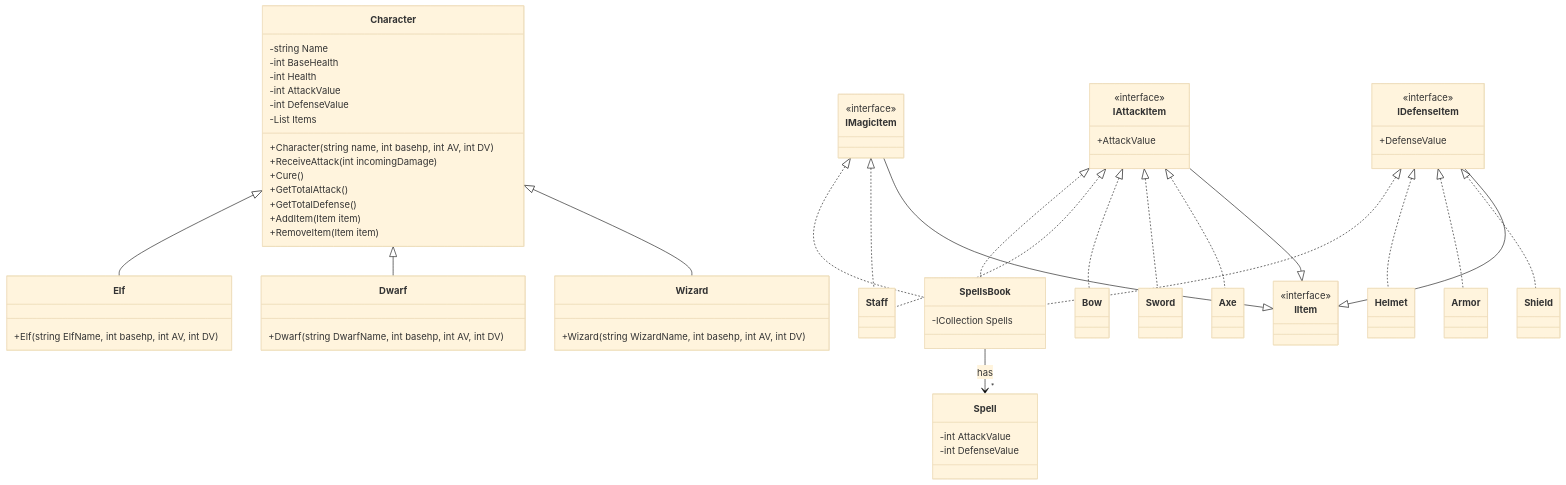
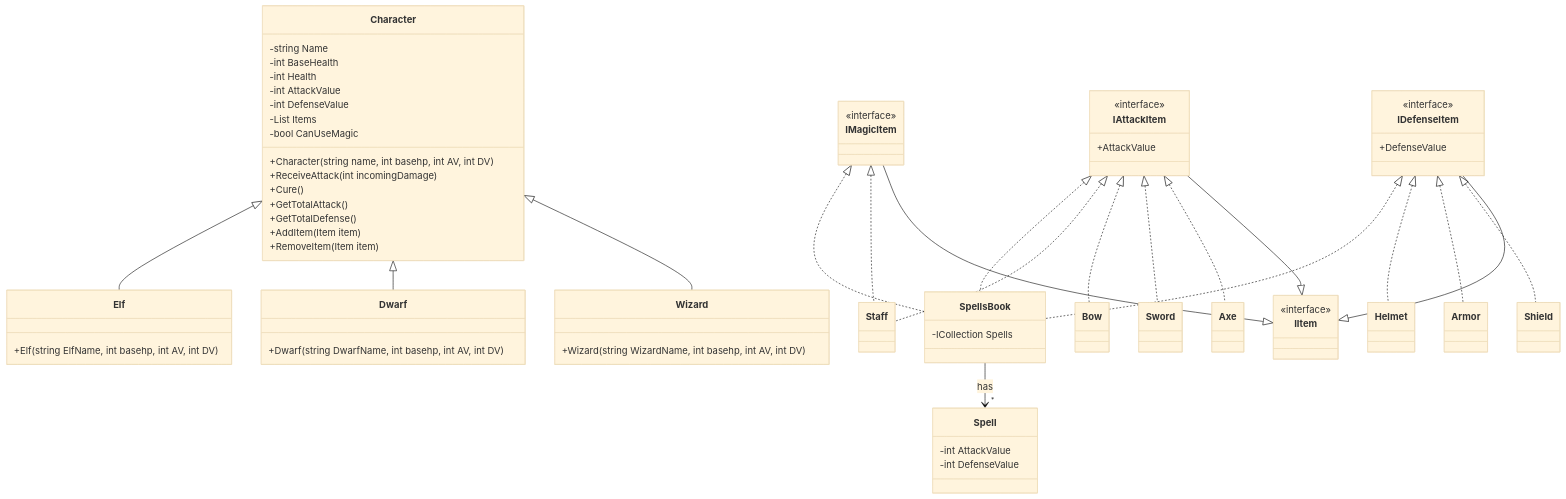
One commit to UCUBascou/PII_RoleplayGame_2_Start changed the diagram in DIAGRAM.md. Above: the diagram before and after it, drawn with Mermaid (base theme).

Commit message:
Corrección al diagrama

```diff
--- a/DIAGRAM.md
+++ b/DIAGRAM.md
@@ -46,6 +46,7 @@
         -int AttackValue
         -int DefenseValue
         -List <IItem> Items
+        -bool CanUseMagic
         +Character(string name, int basehp, int AV, int DV)
         +ReceiveAttack(int incomingDamage)
         +Cure()
```
